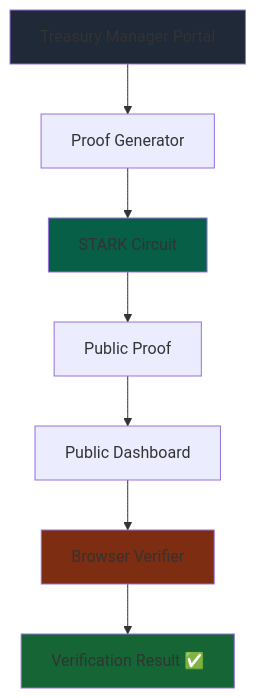
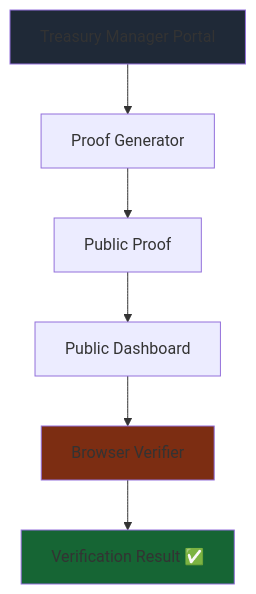
Before and after one commit to AbdelStark/zkpoor: the diagram in docs/zkpoor/slides.md, drawn with Mermaid. The commit also changed other lines of this file and 3 other files, not shown here.

````diff
--- a/docs/zkpoor/slides.md
+++ b/docs/zkpoor/slides.md
@@ -453,14 +451,12 @@
 ```mermaid {scale: 0.8}
 flowchart TD
     TM[Treasury Manager Portal] --> PG[Proof Generator]
-    PG --> SC[STARK Circuit]
-    SC --> PP[Public Proof]
+    PG --> PP[Public Proof]
     PP --> PD[Public Dashboard]
     PD --> BV[Browser Verifier]
     BV --> VR[Verification Result ✅]
     
     style TM fill:#1f2937
-    style SC fill:#065f46
     style BV fill:#7c2d12
     style VR fill:#166534
 ```
````
